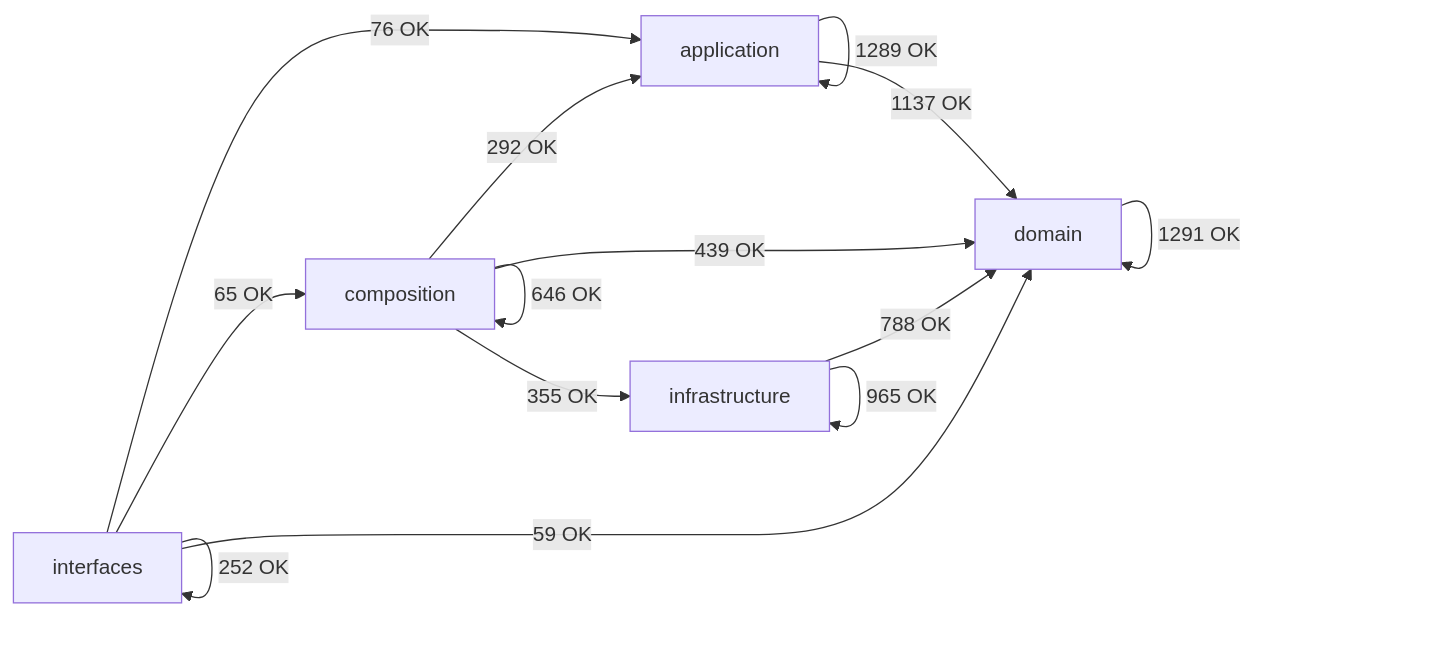
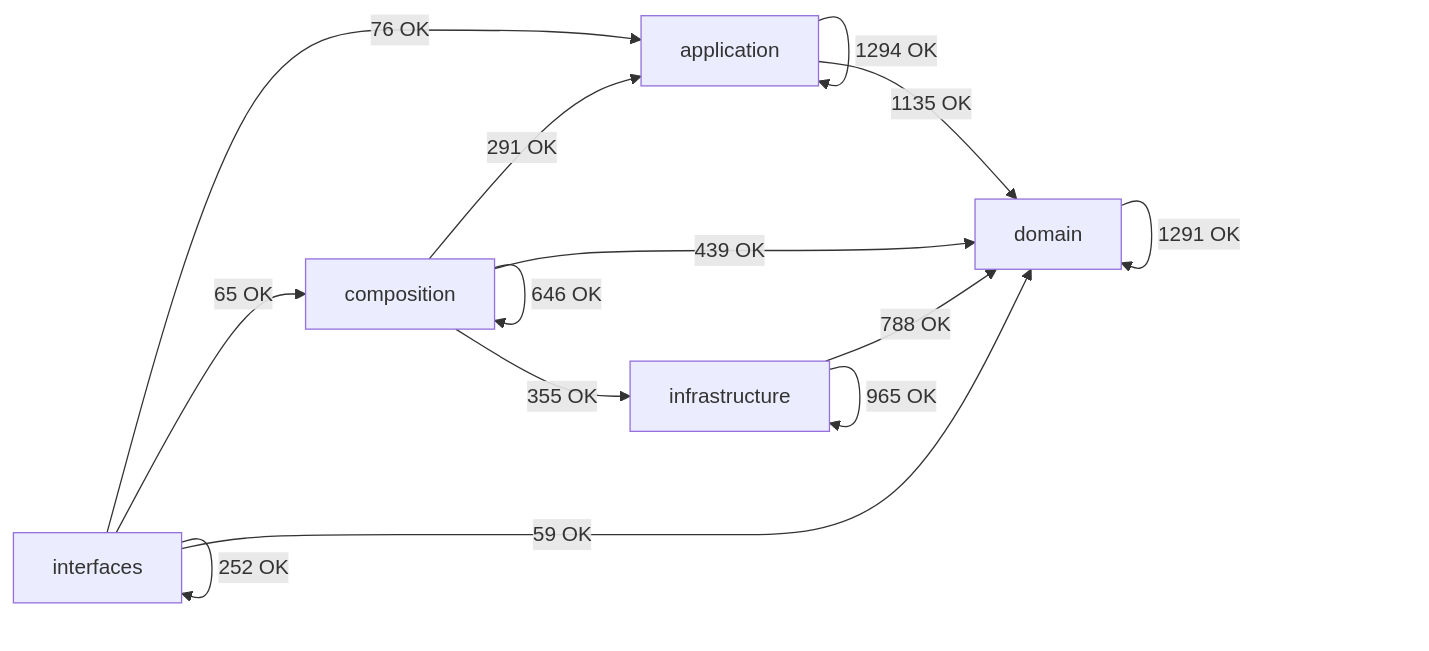
Before and after one commit to SatoryKono/BioactivityDataAcquisition: the diagram in docs/02-architecture/generated/module-dependency-map.md, drawn with Mermaid. The commit also changed other lines of this file and 82 other files, not shown here.

````diff
--- a/docs/02-architecture/generated/module-dependency-map.md
+++ b/docs/02-architecture/generated/module-dependency-map.md
@@ -17,21 +17,21 @@
 ```mermaid
 flowchart LR
     domain[domain]
     application[application]
     infrastructure[infrastructure]
     composition[composition]
     interfaces[interfaces]
-    application -->|1289 OK| application
-    application -->|1137 OK| domain
-    composition -->|292 OK| application
+    application -->|1294 OK| application
+    application -->|1135 OK| domain
+    composition -->|291 OK| application
     composition -->|646 OK| composition
     composition -->|439 OK| domain
     composition -->|355 OK| infrastructure
     domain -->|1291 OK| domain
     infrastructure -->|788 OK| domain
     infrastructure -->|965 OK| infrastructure
     interfaces -->|76 OK| application
     interfaces -->|65 OK| composition
     interfaces -->|59 OK| domain
     interfaces -->|252 OK| interfaces
 ```
````
